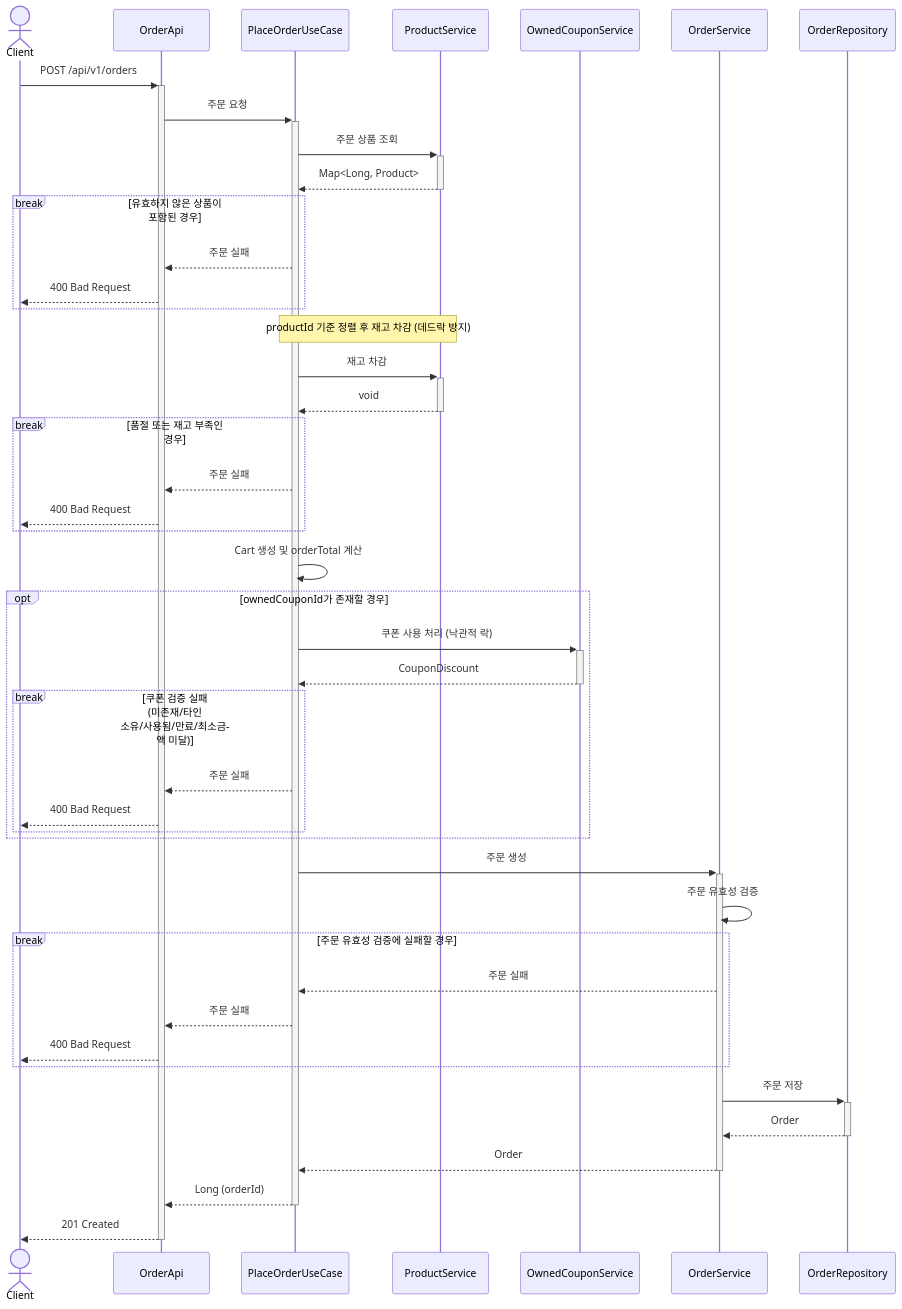
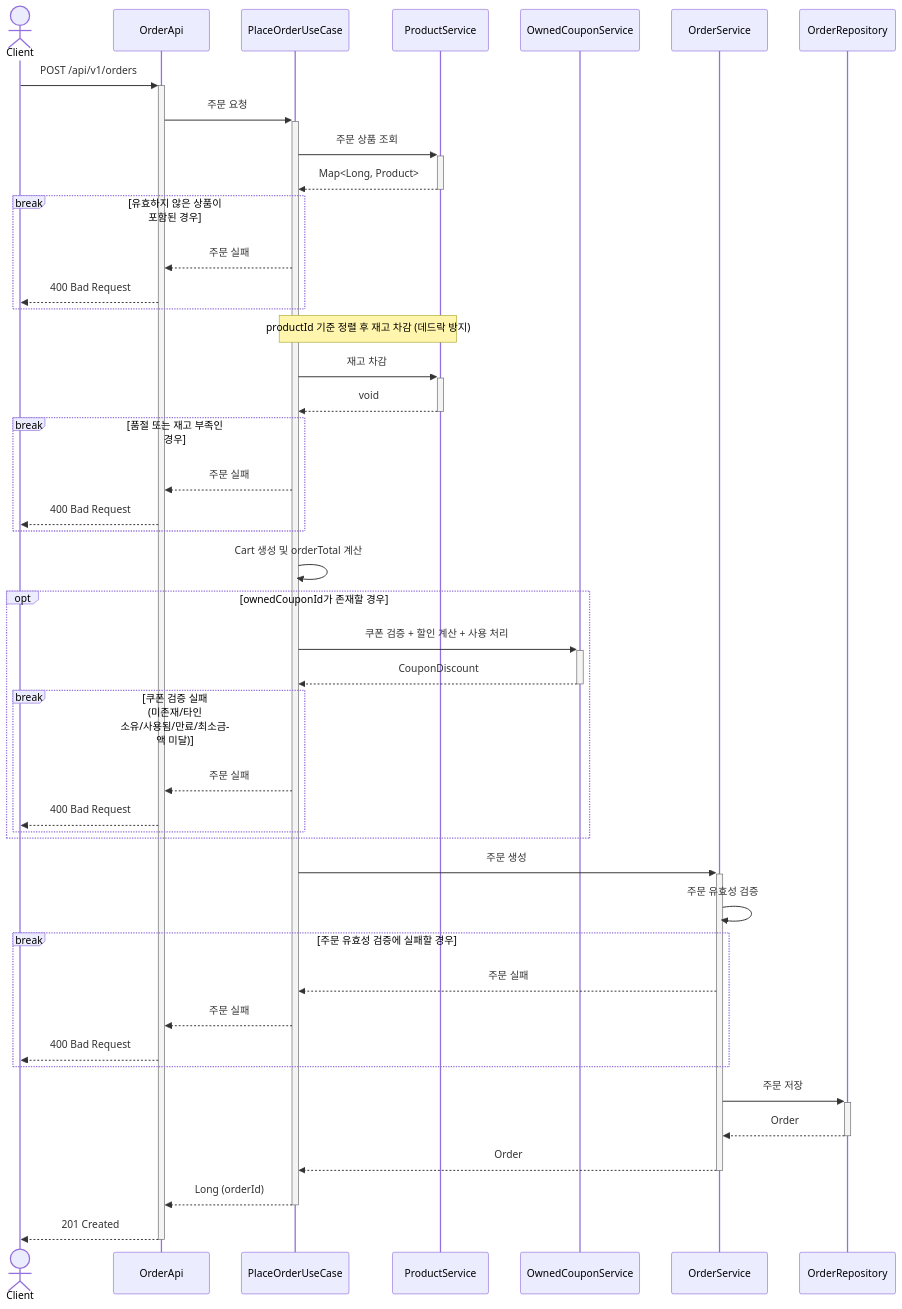
Before and after one commit to Loopers-dev-lab/loop-pack-be-l2-vol3-java: diagram 29 of 33 in .docs/design/02-sequence-diagrams.md, drawn with Mermaid. The commit also changed other lines of this file and 122 other files, not shown here.

````diff
--- a/.docs/design/02-sequence-diagrams.md
+++ b/.docs/design/02-sequence-diagrams.md
@@ -953,58 +956,58 @@
 ```mermaid
 sequenceDiagram
     actor Client
     participant OrderApi
     participant PlaceOrderUseCase
     participant ProductService
     participant OwnedCouponService
     participant OrderService
     participant OrderRepository
 
     Client ->>+ OrderApi: POST /api/v1/orders
     OrderApi ->>+ PlaceOrderUseCase: 주문 요청
 
     PlaceOrderUseCase ->>+ ProductService: 주문 상품 조회
     ProductService -->>- PlaceOrderUseCase: Map<Long, Product>
 
     break 유효하지 않은 상품이 포함된 경우
         PlaceOrderUseCase -->> OrderApi: 주문 실패
         OrderApi -->> Client: 400 Bad Request
     end
 
     Note over PlaceOrderUseCase,ProductService: productId 기준 정렬 후 재고 차감 (데드락 방지)
     PlaceOrderUseCase ->>+ ProductService: 재고 차감
     ProductService -->>- PlaceOrderUseCase: void
 
     break 품절 또는 재고 부족인 경우
         PlaceOrderUseCase -->> OrderApi: 주문 실패
         OrderApi -->> Client: 400 Bad Request
     end
 
     PlaceOrderUseCase ->> PlaceOrderUseCase: Cart 생성 및 orderTotal 계산
 
     opt ownedCouponId가 존재할 경우
-        PlaceOrderUseCase ->>+ OwnedCouponService: 쿠폰 사용 처리 (낙관적 락)
+        PlaceOrderUseCase ->>+ OwnedCouponService: 쿠폰 검증 + 할인 계산 + 사용 처리
         OwnedCouponService -->>- PlaceOrderUseCase: CouponDiscount
 
         break 쿠폰 검증 실패 (미존재/타인 소유/사용됨/만료/최소금액 미달)
             PlaceOrderUseCase -->> OrderApi: 주문 실패
             OrderApi -->> Client: 400 Bad Request
         end
     end
 
     PlaceOrderUseCase ->>+ OrderService: 주문 생성
     OrderService ->> OrderService: 주문 유효성 검증
 
     break 주문 유효성 검증에 실패할 경우
         OrderService -->> PlaceOrderUseCase: 주문 실패
         PlaceOrderUseCase -->> OrderApi: 주문 실패
         OrderApi -->> Client: 400 Bad Request
     end
 
     OrderService ->>+ OrderRepository: 주문 저장
     OrderRepository -->>- OrderService: Order
     OrderService -->>- PlaceOrderUseCase: Order
 
     PlaceOrderUseCase -->>- OrderApi: Long (orderId)
     OrderApi -->>- Client: 201 Created
 ```
````
